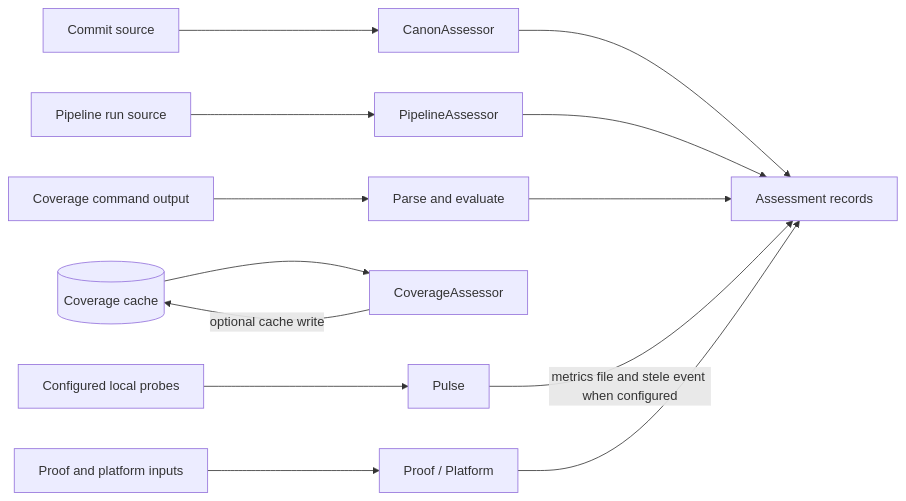
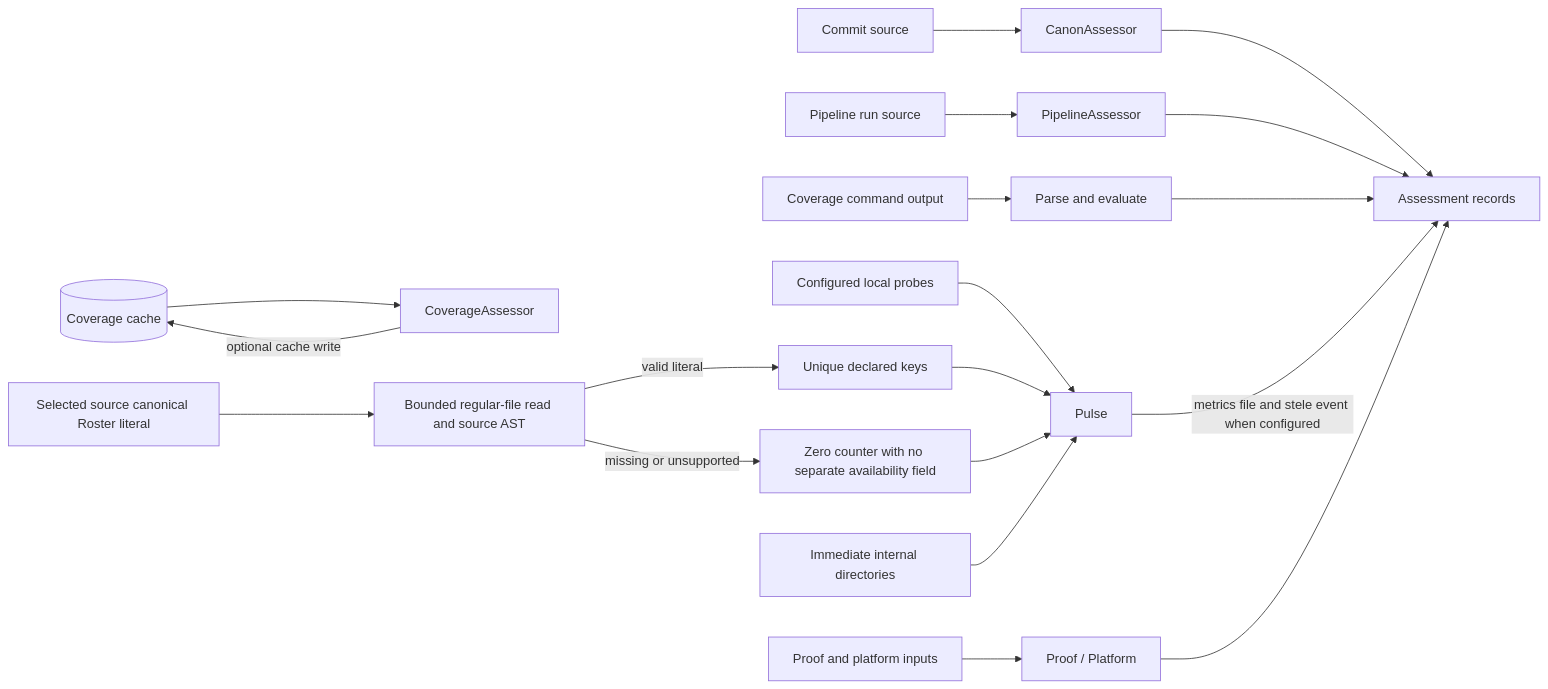
Before and after one commit to SirsiMaster/sirsi-pantheon: the second of 44 diagrams in docs/stacklab/pantheon-pt/canon/DIAGRAMS_MAAT_GOVERNANCE.md, drawn with Mermaid. The commit also changed other lines of this file and 5 other files, not shown here.

Commit message:
Refresh canonical count source proof and current wing identity

````diff
--- a/docs/stacklab/pantheon-pt/canon/DIAGRAMS_MAAT_GOVERNANCE.md
+++ b/docs/stacklab/pantheon-pt/canon/DIAGRAMS_MAAT_GOVERNANCE.md
@@ -53,15 +53,21 @@
 ```mermaid
 flowchart LR
   GIT[Commit source] --> CANON[CanonAssessor]
   GH[Pipeline run source] --> PIPE[PipelineAssessor]
   TEST[Coverage command output] --> PARSE[Parse and evaluate]
   CACHE[(Coverage cache)] --> COV[CoverageAssessor]
   HOST[Configured local probes] --> PULSE[Pulse]
+  ROSTER[Selected source canonical Roster literal] --> RREAD[Bounded regular-file read and source AST]
+  RREAD -->|valid literal| RCOUNT[Unique declared keys]
+  RREAD -->|missing or unsupported| RZERO[Zero counter with no separate availability field]
+  RCOUNT --> PULSE
+  RZERO --> PULSE
+  DIRS[Immediate internal directories] --> PULSE
   EVID[Proof and platform inputs] --> CHECK[Proof / Platform]
   CANON --> OUT[Assessment records]
   PIPE --> OUT
   PARSE --> OUT
   COV -->|optional cache write| CACHE
   PULSE -->|metrics file and stele event when configured| OUT
   CHECK --> OUT
 ```
````
